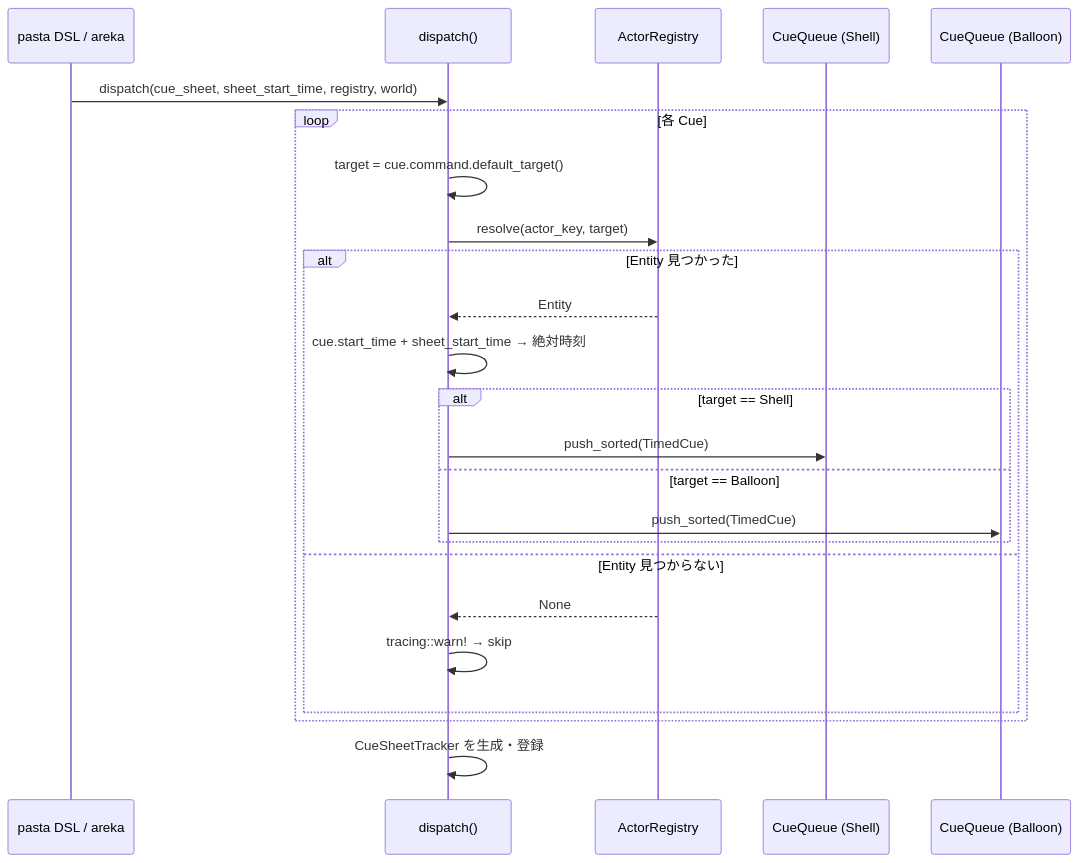
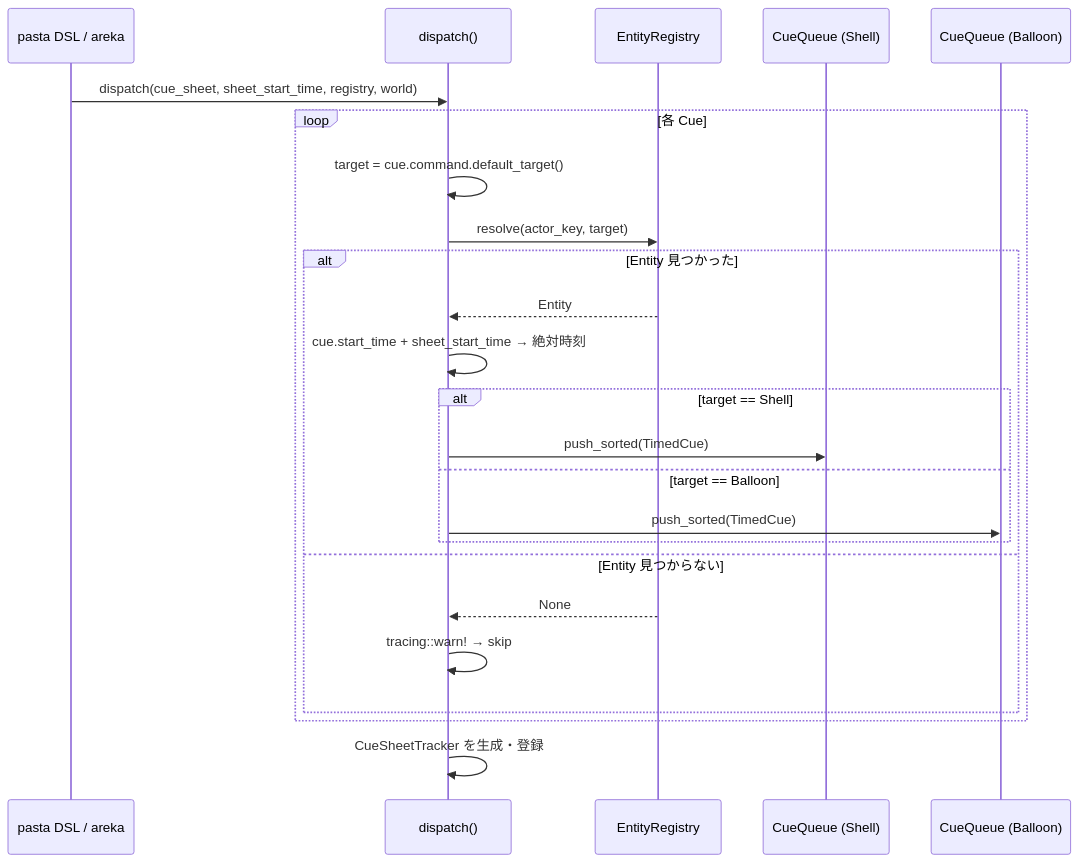
One commit to ekicyou/areka changed the second of 5 diagrams in .kiro/specs/wintf-P0-cue-system/design.md. Above: the diagram before and after it, drawn with Mermaid. The commit also changed other lines of this file, not shown here.

First line of the commit message:
Unify registries: ActorRegistry -> EntityRegistry with EntityKey enum

````diff
--- a/.kiro/specs/wintf-P0-cue-system/design.md
+++ b/.kiro/specs/wintf-P0-cue-system/design.md
@@ -123,27 +123,27 @@
 ```mermaid
 sequenceDiagram
     participant P as pasta DSL / areka
     participant D as dispatch()
-    participant R as ActorRegistry
+    participant R as EntityRegistry
     participant Q1 as CueQueue (Shell)
     participant Q2 as CueQueue (Balloon)
 
     P->>D: dispatch(cue_sheet, sheet_start_time, registry, world)
     loop 各 Cue
         D->>D: target = cue.command.default_target()
         D->>R: resolve(actor_key, target)
         alt Entity 見つかった
             R-->>D: Entity
             D->>D: cue.start_time + sheet_start_time → 絶対時刻
             alt target == Shell
                 D->>Q1: push_sorted(TimedCue)
             else target == Balloon
                 D->>Q2: push_sorted(TimedCue)
             end
         else Entity 見つからない
             R-->>D: None
             D->>D: tracing::warn! → skip
         end
     end
     D->>D: CueSheetTracker を生成・登録
 ```
````
